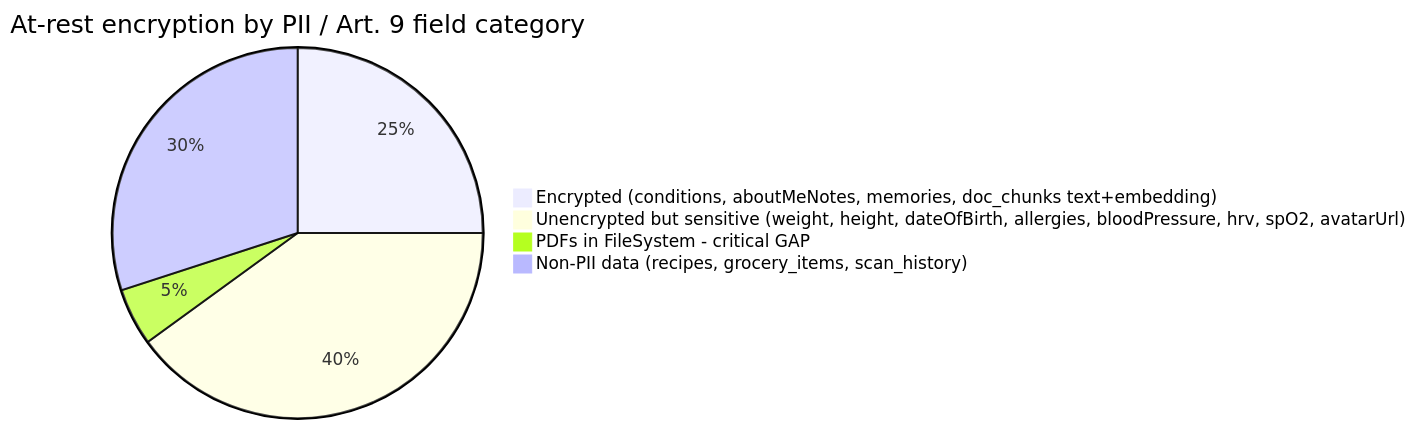
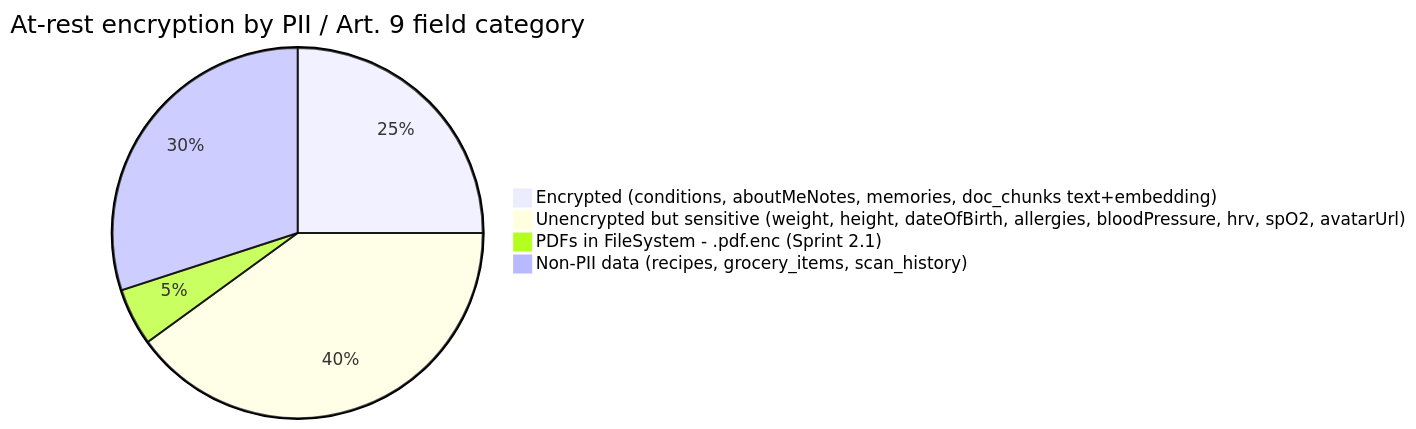
One commit to antonionc/nutrIAssistant changed diagram 19 of 24 in docs/data-architecture/11-diagrams.md. Above: the diagram before and after it, drawn with Mermaid. The commit also changed other lines of this file and 12 other files, not shown here.

````diff
--- a/docs/data-architecture/11-diagrams.md
+++ b/docs/data-architecture/11-diagrams.md
@@ -987,7 +987,7 @@
 ```mermaid
 pie title At-rest encryption by PII / Art. 9 field category
     "Encrypted (conditions, aboutMeNotes, memories, doc_chunks text+embedding)" : 5
     "Unencrypted but sensitive (weight, height, dateOfBirth, allergies, bloodPressure, hrv, spO2, avatarUrl)" : 8
-    "PDFs in FileSystem - critical GAP" : 1
+    "PDFs in FileSystem - .pdf.enc (Sprint 2.1)" : 1
     "Non-PII data (recipes, grocery_items, scan_history)" : 6
 ```
````
